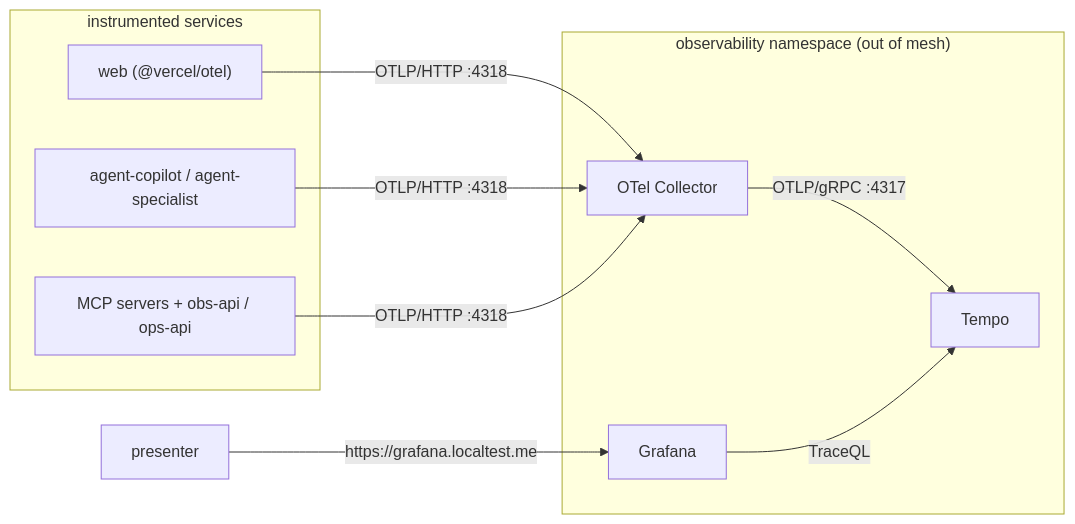
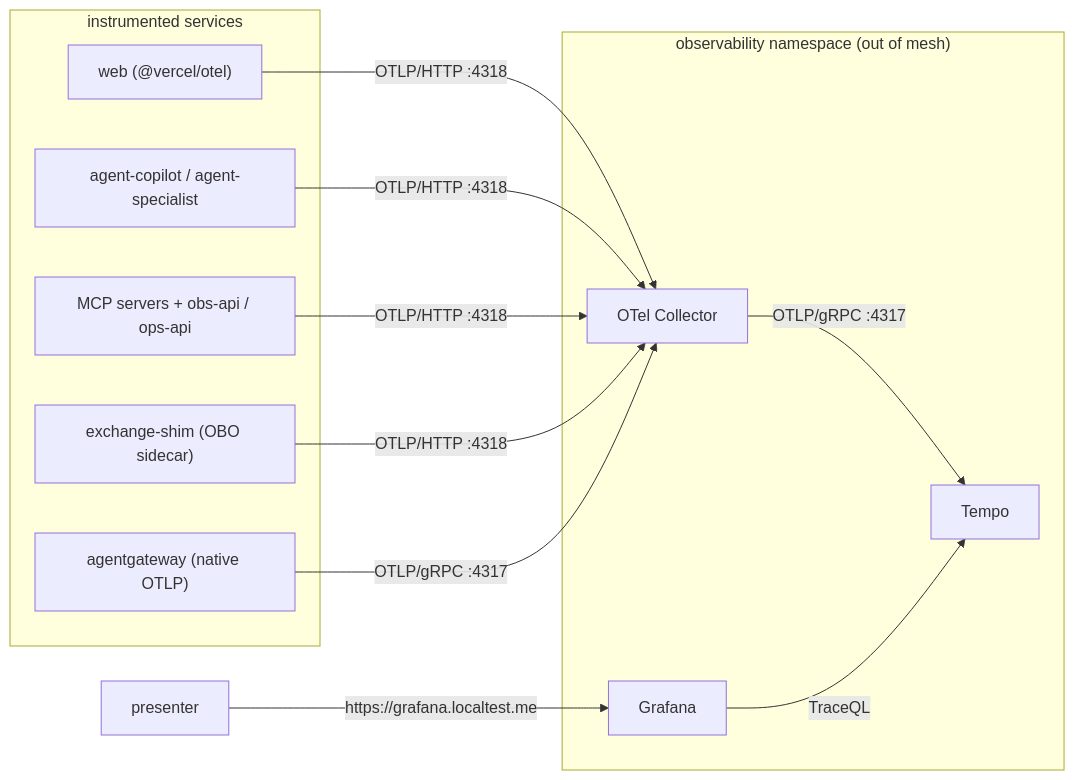
One commit to curityio/ai-agents-auth-demo changed the fourth of 4 diagrams in docs/architecture.md. Above: the diagram before and after it, drawn with Mermaid. The commit also changed other lines of this file and 5 other files, not shown here.

````diff
--- a/docs/architecture.md
+++ b/docs/architecture.md
@@ -413,19 +413,23 @@
 ```mermaid
 flowchart LR
   subgraph apps["instrumented services"]
     W["web (@vercel/otel)"]
     A["agent-copilot / agent-specialist"]
     M["MCP servers + obs-api / ops-api"]
+    GW["agentgateway (native OTLP)"]
+    SH["exchange-shim (OBO sidecar)"]
   end
   subgraph obs_ns["observability namespace (out of mesh)"]
     COL["OTel Collector"]
     T["Tempo"]
     G["Grafana"]
   end
   W -- "OTLP/HTTP :4318" --> COL
   A -- "OTLP/HTTP :4318" --> COL
   M -- "OTLP/HTTP :4318" --> COL
+  SH -- "OTLP/HTTP :4318" --> COL
+  GW -- "OTLP/gRPC :4317" --> COL
   COL -- "OTLP/gRPC :4317" --> T
   G -- "TraceQL" --> T
   P["presenter"] -- "https://grafana.localtest.me" --> G
 ```
````
